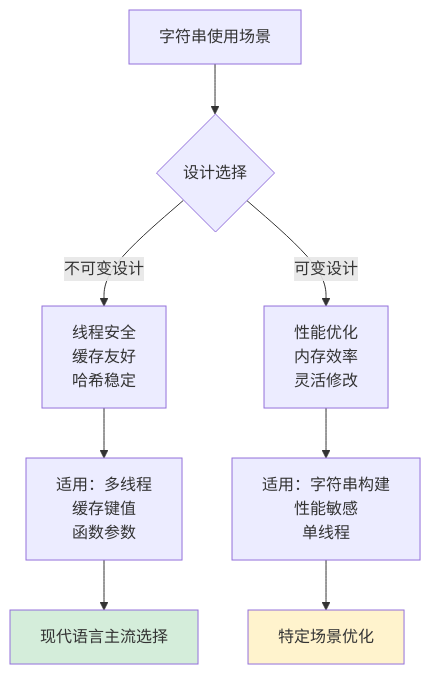
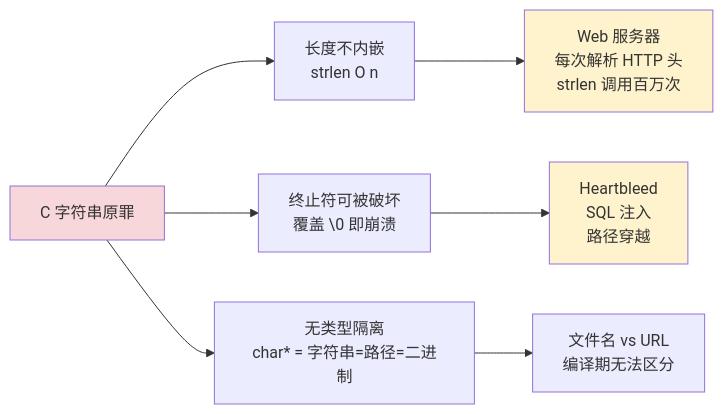
One commit to chongyang211/YCBookBlog changed the fifth of 32 diagrams in 00.通用技术的提升/02.程序编程原理/01.字符串设计的灵魂.md. Above: the diagram before and after it, drawn with Mermaid. The commit also changed other lines of this file and 6 other files, not shown here.

````diff
--- a/00.通用技术的提升/02.程序编程原理/01.字符串设计的灵魂.md
+++ b/00.通用技术的提升/02.程序编程原理/01.字符串设计的灵魂.md
@@ -159,15 +284,14 @@
 ```mermaid
-graph TB
-    A[字符串使用场景] --> B{设计选择}
-    B -->|不可变设计| C[线程安全<br/>缓存友好<br/>哈希稳定]
-    B -->|可变设计| D[性能优化<br/>内存效率<br/>灵活修改]
-    
-    C --> E[适用：多线程<br/>缓存键值<br/>函数参数]
-    D --> F[适用：字符串构建<br/>性能敏感<br/>单线程]
-    
-    E --> G[现代语言主流选择]
-    F --> H[特定场景优化]
-    
-    style G fill:#d4edda
-    style H fill:#fff3cd
+flowchart LR
+    A[C 字符串原罪] --> B[长度不内嵌<br/>strlen O n ]
+    A --> C[终止符可被破坏<br/>覆盖 \0 即崩溃]
+    A --> D[无类型隔离<br/>char* = 字符串=路径=二进制]
+
+    B --> B1[Web 服务器<br/>每次解析 HTTP 头<br/>strlen 调用百万次]
+    C --> C1[Heartbleed<br/>SQL 注入<br/>路径穿越]
+    D --> D1[文件名 vs URL<br/>编译期无法区分]
+
+    style A fill:#f8d7da
+    style B1 fill:#fff3cd
+    style C1 fill:#fff3cd
 ```
````
